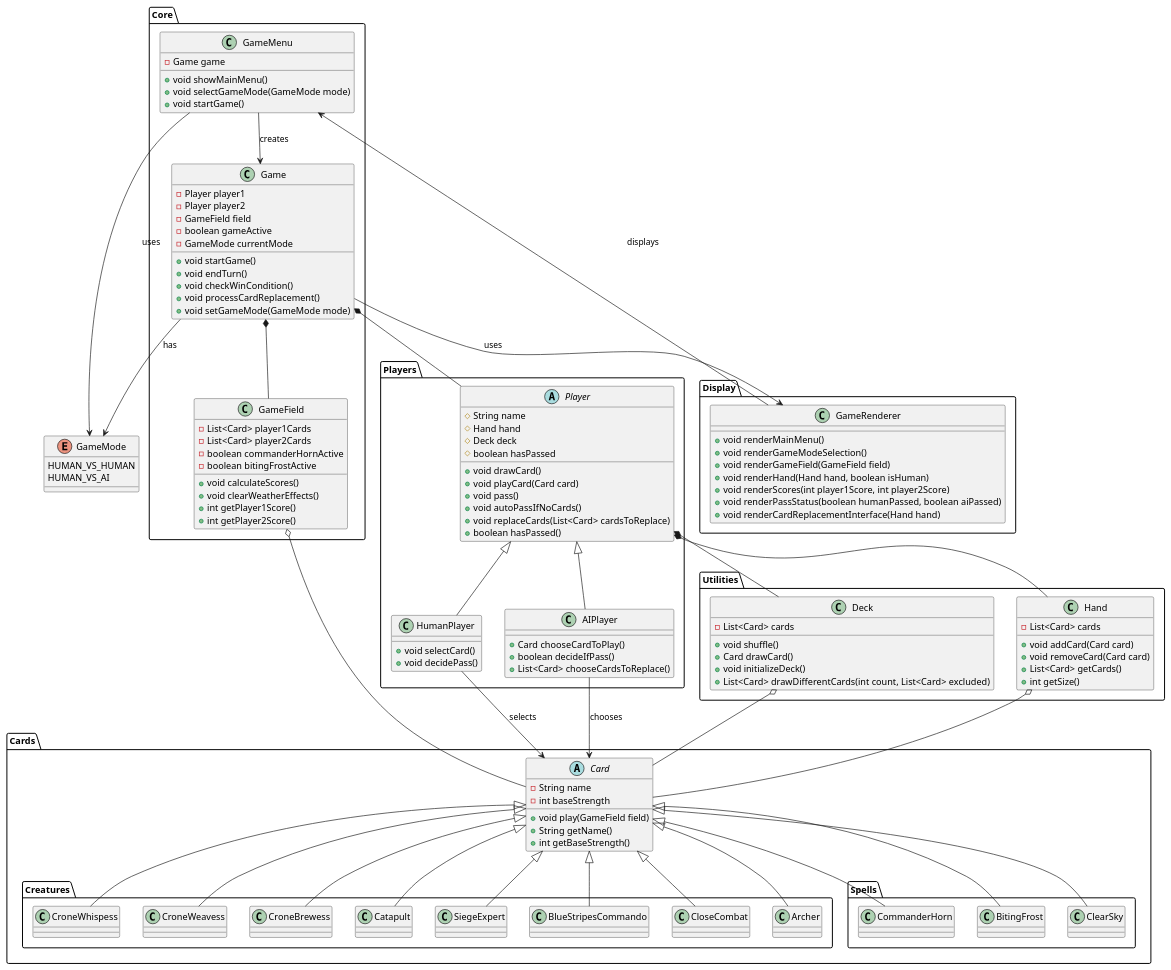
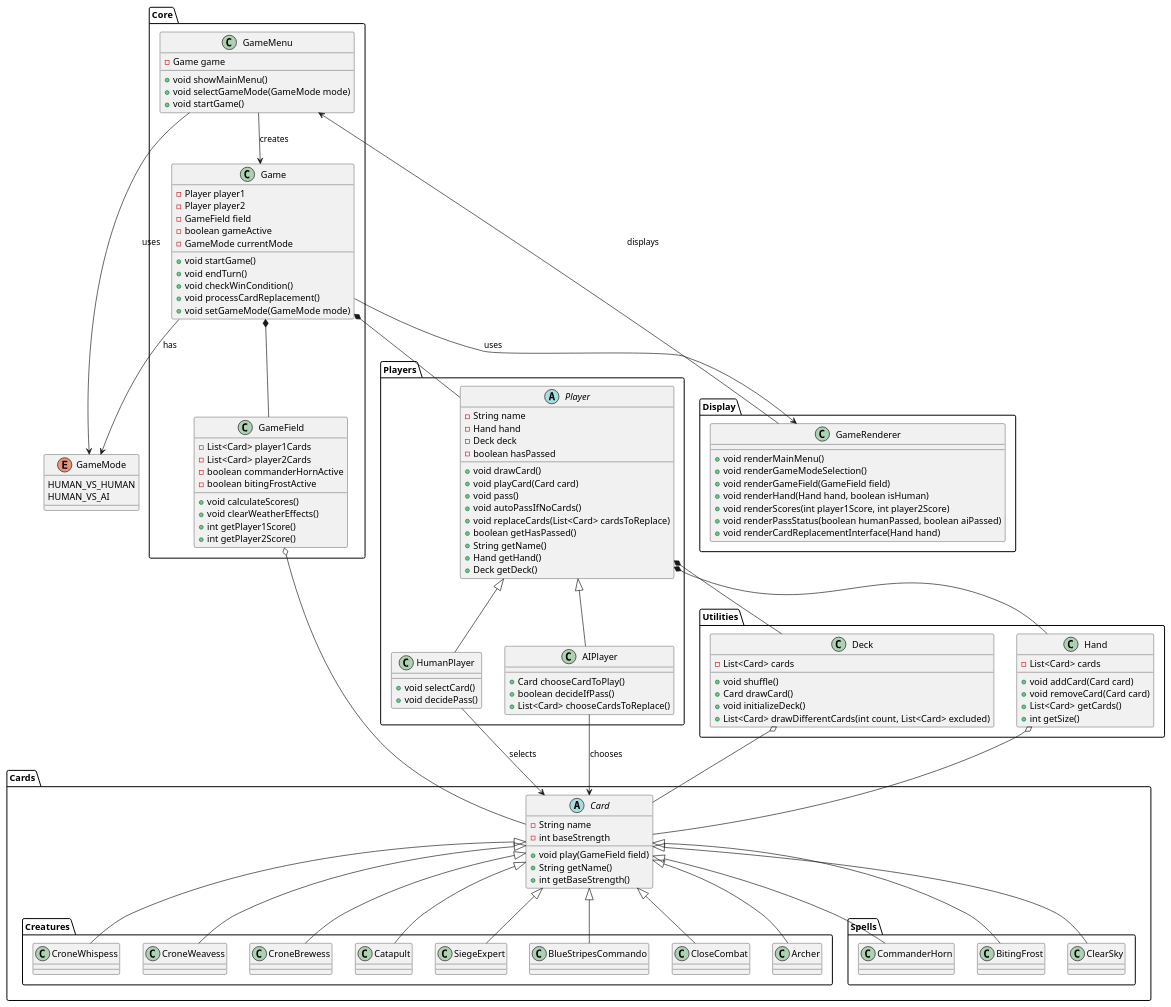
Before and after one commit to MyznikovFD/LabWork2: the diagram in Arch_Description/ClassDiag.md, drawn with PlantUML.

Commit message:
refactor: light change of Player-class

```diff
--- a/Arch_Description/ClassDiag.md
+++ b/Arch_Description/ClassDiag.md
@@ -35,17 +35,20 @@
 
 package Players {
   abstract class Player {
-    #String name
-    #Hand hand
-    #Deck deck
-    #boolean hasPassed
+    -String name
+    -Hand hand
+    -Deck deck
+    -boolean hasPassed
     +void drawCard()
     +void playCard(Card card)
     +void pass()
     +void autoPassIfNoCards()
     +void replaceCards(List<Card> cardsToReplace)
-    +boolean hasPassed()
-  }
+    +boolean getHasPassed()
+    +String getName()
+    +Hand getHand()
+    +Deck getDeck()
+}
   
   class HumanPlayer {
     +void selectCard()
```
